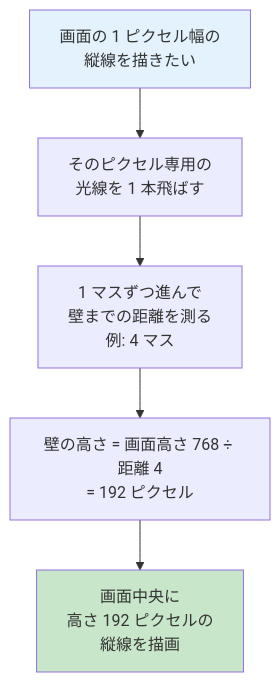
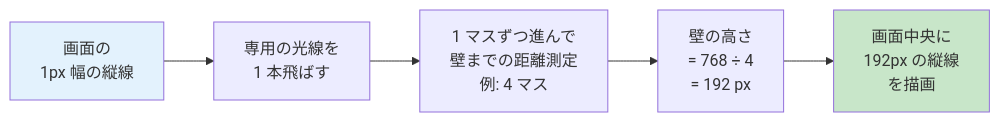
The fourth of 6 diagrams in docs/03-raycasting.md (Tsunanko/cub3d-guide), drawn with Mermaid before and after one commit. The commit also changed other lines of this file and 6 other files, not shown here.

First line of the commit message:
Make Mermaid diagrams fill viewport width and convert vertical flowcharts to horizontal

````diff
--- a/docs/03-raycasting.md
+++ b/docs/03-raycasting.md
@@ -118,10 +118,10 @@
 ```mermaid
-flowchart TD
-    Start[画面の 1 ピクセル幅の<br>縦線を描きたい] --> Ray[そのピクセル専用の<br>光線を 1 本飛ばす]
-    Ray --> Dist[1 マスずつ進んで<br>壁までの距離を測る<br>例: 4 マス]
-    Dist --> Calc["壁の高さ = 画面高さ 768 ÷ 距離 4<br>= 192 ピクセル"]
-    Calc --> Draw[画面中央に<br>高さ 192 ピクセルの<br>縦線を描画]
+flowchart LR
+    Start[画面の<br>1px 幅の縦線] --> Ray[専用の光線を<br>1 本飛ばす]
+    Ray --> Dist[1 マスずつ進んで<br>壁までの距離測定<br>例: 4 マス]
+    Dist --> Calc["壁の高さ<br>= 768 ÷ 4<br>= 192 px"]
+    Calc --> Draw[画面中央に<br>192px の縦線<br>を描画]
 
     style Start fill:#E3F2FD
     style Draw fill:#C8E6C9
 ```
````
